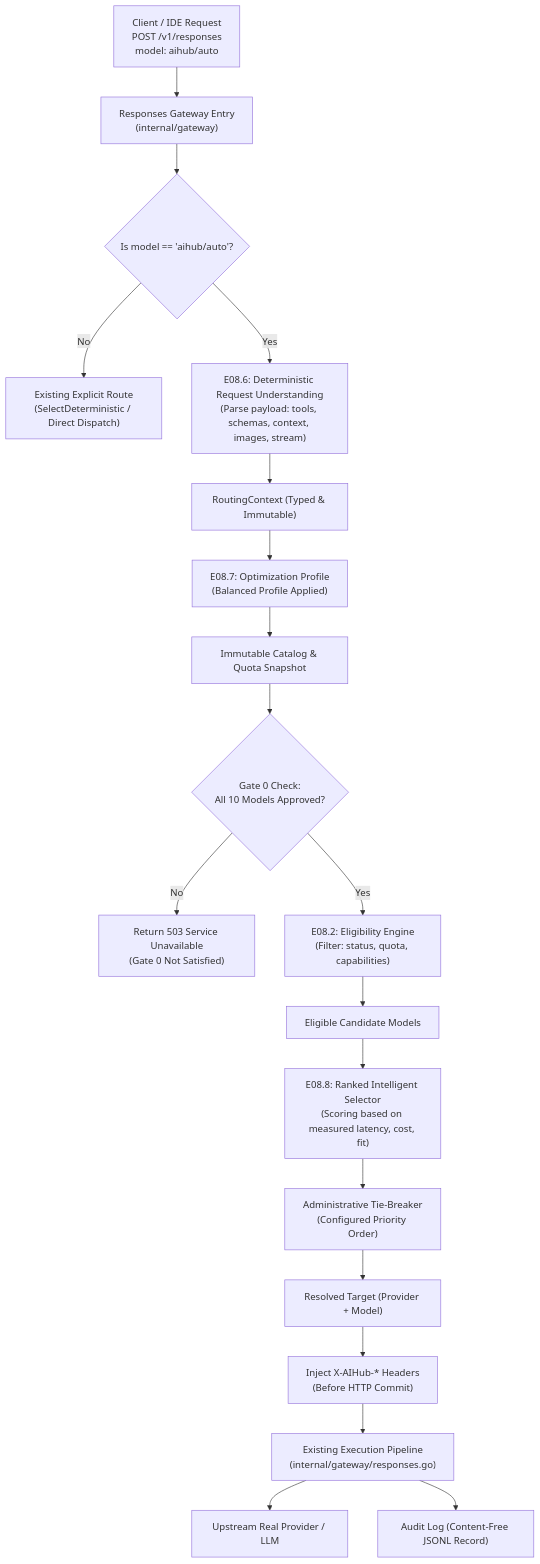
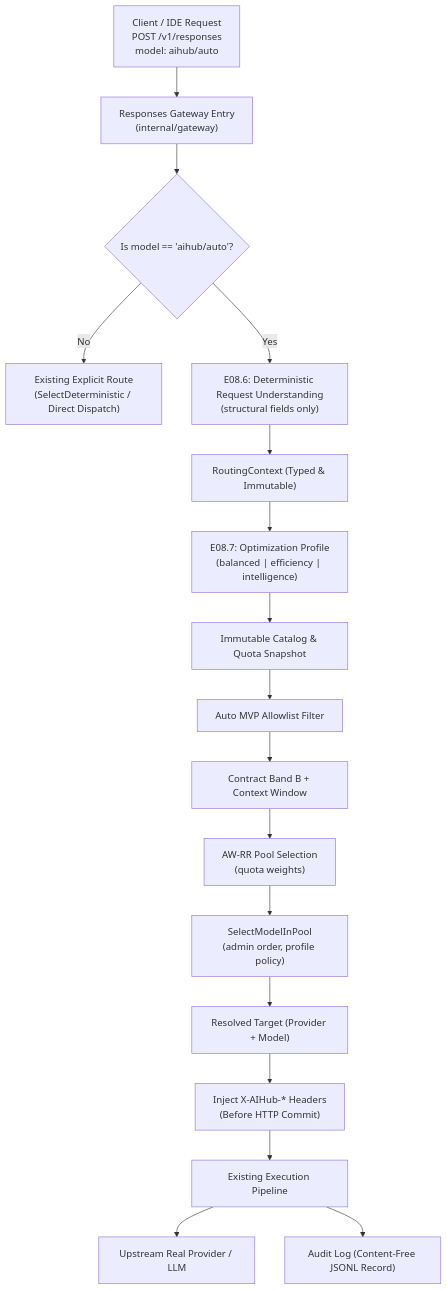
Before and after one commit to rafaeljfec2/connexto-aihub: the diagram in docs/specs/AUTO-SPEC.md, drawn with Mermaid. The commit also changed other lines of this file and 24 other files, not shown here.

Commit message:
refactor: remove AutoGate0 enforcement and related configurations, update routing logic for efficiency and model selection, and enhance documentation for intelligent routing status

````diff
--- a/docs/specs/AUTO-SPEC.md
+++ b/docs/specs/AUTO-SPEC.md
@@ -57,29 +59,25 @@
 ```mermaid
 flowchart TD
     Client["Client / IDE Request\nPOST /v1/responses\nmodel: aihub/auto"] --> Entry["Responses Gateway Entry\n(internal/gateway)"]
     
     Entry --> DetectVirtual{"Is model == 'aihub/auto'?"}
     DetectVirtual -- No --> DirectRoute["Existing Explicit Route\n(SelectDeterministic / Direct Dispatch)"]
     
-    DetectVirtual -- Yes --> ReqUnder["E08.6: Deterministic Request Understanding\n(Parse payload: tools, schemas, context, images, stream)"]
+    DetectVirtual -- Yes --> ReqUnder["E08.6: Deterministic Request Understanding\n(structural fields only)"]
     ReqUnder --> RoutingCtx["RoutingContext (Typed & Immutable)"]
     
-    RoutingCtx --> OptProfile["E08.7: Optimization Profile\n(Balanced Profile Applied)"]
+    RoutingCtx --> OptProfile["E08.7: Optimization Profile\n(balanced | efficiency | intelligence)"]
     OptProfile --> Snapshot["Immutable Catalog & Quota Snapshot"]
     
-    Snapshot --> Gate0Check{"Gate 0 Check:\nAll 10 Models Approved?"}
-    Gate0Check -- No --> Blocked["Return 503 Service Unavailable\n(Gate 0 Not Satisfied)"]
+    Snapshot --> Allowlist["Auto MVP Allowlist Filter"]
+    Allowlist --> BandB["Contract Band B + Context Window"]
+    BandB --> PoolAWRR["AW-RR Pool Selection\n(quota weights)"]
+    PoolAWRR --> InPool["SelectModelInPool\n(admin order, profile policy)"]
     
-    Gate0Check -- Yes --> EligFilter["E08.2: Eligibility Engine\n(Filter: status, quota, capabilities)"]
-    EligFilter --> Candidates["Eligible Candidate Models"]
-    
-    Candidates --> RankedSel["E08.8: Ranked Intelligent Selector\n(Scoring based on measured latency, cost, fit)"]
-    RankedSel --> TieBreak["Administrative Tie-Breaker\n(Configured Priority Order)"]
-    
-    TieBreak --> Target["Resolved Target (Provider + Model)"]
+    InPool --> Target["Resolved Target (Provider + Model)"]
     Target --> SetHeaders["Inject X-AIHub-* Headers\n(Before HTTP Commit)"]
     
-    SetHeaders --> ExecPipeline["Existing Execution Pipeline\n(internal/gateway/responses.go)"]
+    SetHeaders --> ExecPipeline["Existing Execution Pipeline"]
     ExecPipeline --> Upstream["Upstream Real Provider / LLM"]
     ExecPipeline --> AuditLog["Audit Log (Content-Free JSONL Record)"]
 ```
````
